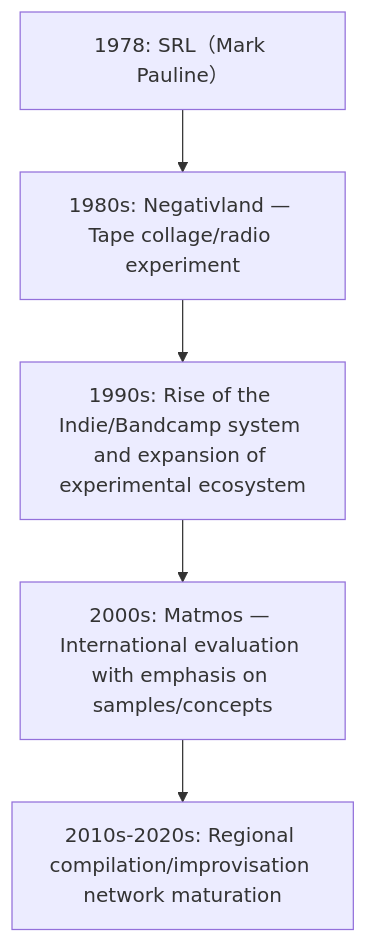
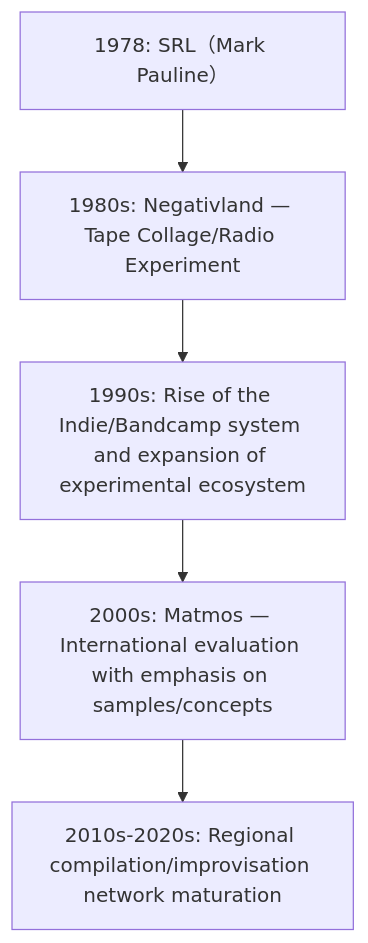
The diagram in en/_posts/2025-10-01-Column-Bay-Area-San-Francisco-Noise.md (monumental-movement/monumental-movement.github.io), drawn with Mermaid before and after one commit. The commit also changed other lines of this file and 851 other files, not shown here.

```diff
--- a/en/_posts/2025-10-01-Column-Bay-Area-San-Francisco-Noise.md
+++ b/en/_posts/2025-10-01-Column-Bay-Area-San-Francisco-Noise.md
@@ -48,7 +48,7 @@
 <div class="mermaid">
 flowchart TD
-    A["1978: SRL（Mark Pauline）"] --> B["1980s: Negativland — Tape collage/radio experiment"]
+    A["1978: SRL（Mark Pauline）"] --> B["1980s: Negativland — Tape Collage/Radio Experiment"]
     B --> C["1990s: Rise of the Indie/Bandcamp system and expansion of experimental ecosystem"]
     C --> D["2000s: Matmos — International evaluation with emphasis on samples/concepts"]
     D --> E["2010s-2020s: Regional compilation/improvisation network maturation"]
 </div>
```
